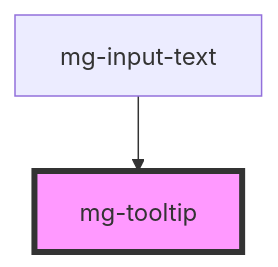
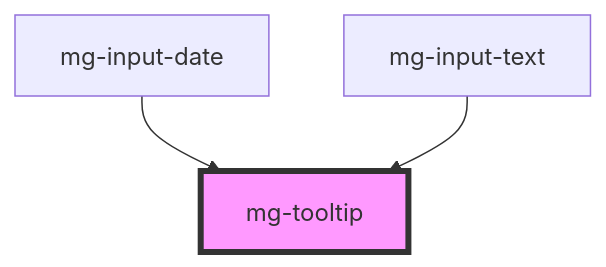
One commit to MGDIS/mg-components changed the diagram in src/components/mg-tooltip/readme.md. Above: the diagram before and after it, drawn with Mermaid. The commit also changed other lines of this file and 34 other files, not shown here.

First line of the commit message:
feat(mg-input-date): add new structure for input components

````diff
--- a/src/components/mg-tooltip/readme.md
+++ b/src/components/mg-tooltip/readme.md
@@ -23,5 +24,6 @@
 ```mermaid
 graph TD;
+  mg-input-date --> mg-tooltip
   mg-input-text --> mg-tooltip
   style mg-tooltip fill:#f9f,stroke:#333,stroke-width:4px
 ```
````
